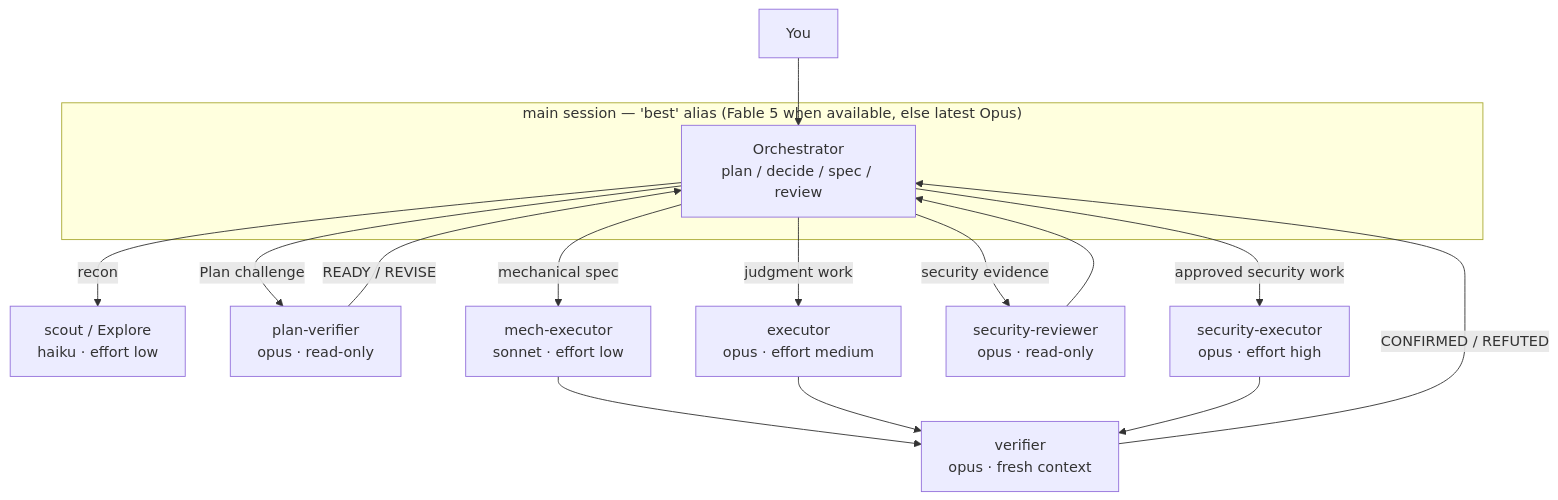
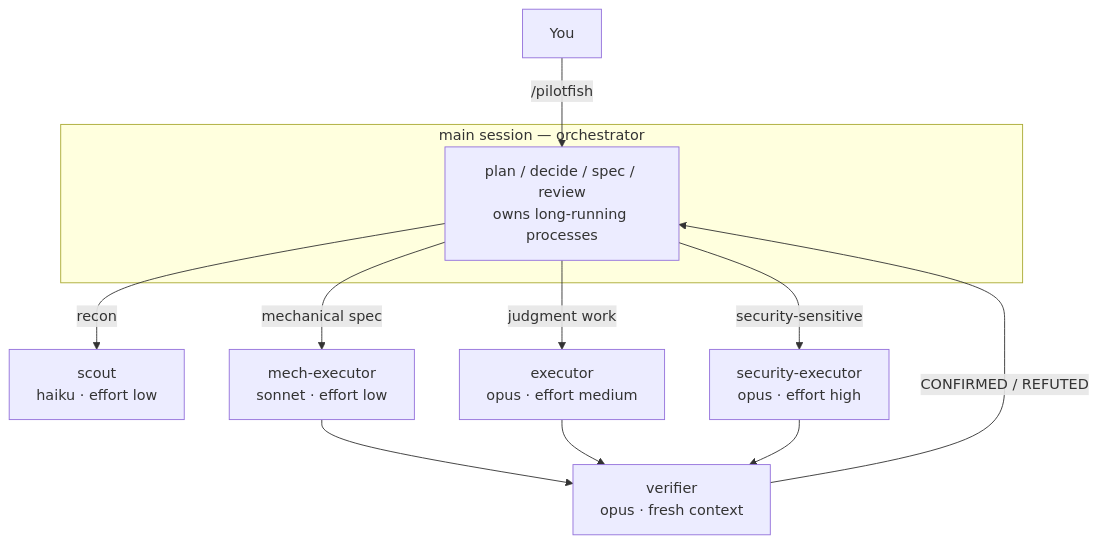
The diagram in README.md (Nanako0129/pilotfish), drawn with Mermaid before and after one commit. The commit also changed other lines of this file and 28 other files, not shown here.

````diff
--- a/README.md
+++ b/README.md
@@ -57,19 +60,15 @@
 ```mermaid
 flowchart TD
-    U[You] --> O
-    subgraph MAIN["main session — 'best' alias (Fable 5 when available, else latest Opus)"]
-        O["Orchestrator<br>plan / decide / spec / review"]
+    U[You] -->|/pilotfish| O
+    subgraph MAIN["main session — orchestrator"]
+        O["plan / decide / spec / review<br>owns long-running processes"]
     end
-    O -->|recon| S["scout / Explore<br>haiku · effort low"]
-    O -->|Plan challenge| PV["plan-verifier<br>opus · read-only"]
-    PV -->|READY / REVISE| O
+    O -->|recon| S["scout<br>haiku · effort low"]
     O -->|mechanical spec| M["mech-executor<br>sonnet · effort low"]
     O -->|judgment work| E["executor<br>opus · effort medium"]
-    O -->|security evidence| SR["security-reviewer<br>opus · read-only"]
-    SR --> O
-    O -->|approved security work| SEC["security-executor<br>opus · effort high"]
+    O -->|security-sensitive| SEC["security-executor<br>opus · effort high"]
     M --> V["verifier<br>opus · fresh context"]
     E --> V
     SEC --> V
     V -->|CONFIRMED / REFUTED| O
 ```
````
